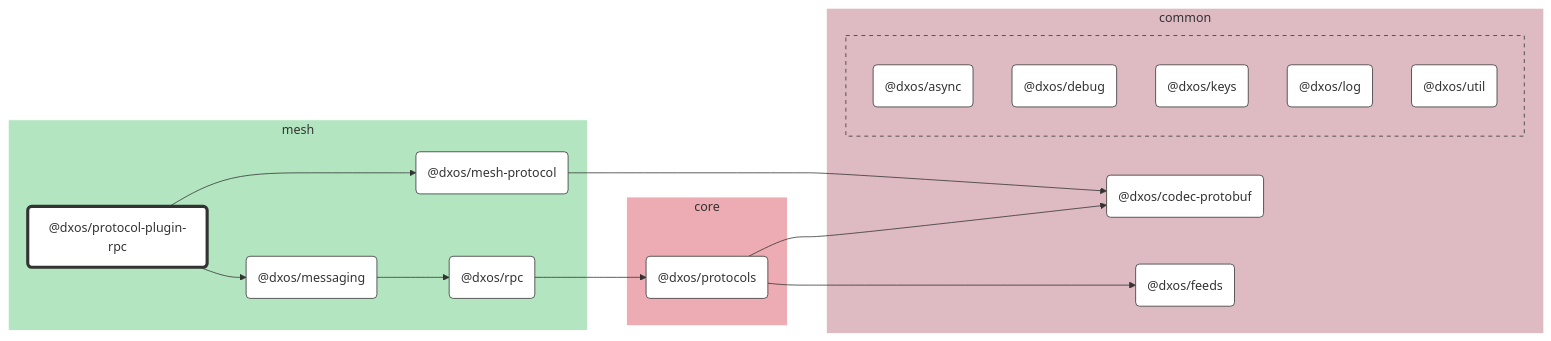
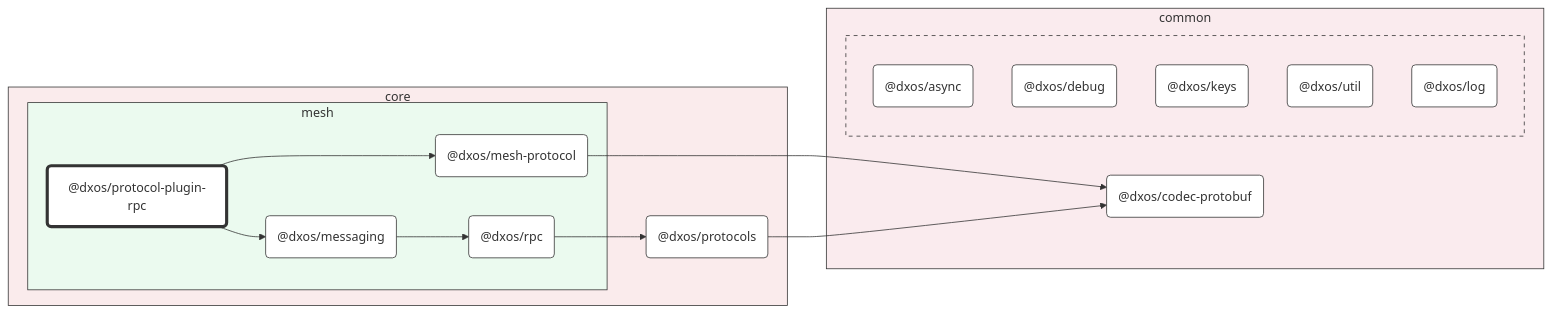
One commit to dxos/dxos changed the diagram in packages/core/mesh/protocol-plugin-rpc/docs/README.md. Above: the diagram before and after it, drawn with Mermaid. The commit also changed other lines of this file and 93 other files, not shown here.

First line of the commit message:
chore: hierarchical graphs. (#1583)

````diff
--- a/packages/core/mesh/protocol-plugin-rpc/docs/README.md
+++ b/packages/core/mesh/protocol-plugin-rpc/docs/README.md
@@ -7,61 +7,58 @@
 ```mermaid
 %%{ init: {'flowchart':{'curve':'basis'}} }%%
 
 flowchart LR
 
 %% Classes
 classDef def fill:#fff,stroke:#333,stroke-width:1px
 classDef root fill:#fff,stroke:#333,stroke-width:4px
 
 %% Nodes
 
-subgraph mesh [mesh]
-  style mesh fill:#b3e6c0,stroke:#fff
-  dxos/protocol-plugin-rpc("@dxos/protocol-plugin-rpc"):::root
-  click dxos/protocol-plugin-rpc "dxos/dxos/tree/main/packages/core/mesh/protocol-plugin-rpc/docs"
-  dxos/messaging("@dxos/messaging"):::def
-  click dxos/messaging "dxos/dxos/tree/main/packages/core/mesh/messaging/docs"
-  dxos/rpc("@dxos/rpc"):::def
-  click dxos/rpc "dxos/dxos/tree/main/packages/core/mesh/rpc/docs"
-  dxos/mesh-protocol("@dxos/mesh-protocol"):::def
-  click dxos/mesh-protocol "dxos/dxos/tree/main/packages/core/mesh/mesh-protocol/docs"
+subgraph core [core]
+  style core fill:#faebec,stroke:#333
+  dxos/protocols("@dxos/protocols"):::def
+  click dxos/protocols "dxos/dxos/tree/main/packages/core/protocols/docs"
+
+  subgraph mesh [mesh]
+    style mesh fill:#ebfaef,stroke:#333
+    dxos/protocol-plugin-rpc("@dxos/protocol-plugin-rpc"):::root
+    click dxos/protocol-plugin-rpc "dxos/dxos/tree/main/packages/core/mesh/protocol-plugin-rpc/docs"
+    dxos/mesh-protocol("@dxos/mesh-protocol"):::def
+    click dxos/mesh-protocol "dxos/dxos/tree/main/packages/core/mesh/mesh-protocol/docs"
+    dxos/messaging("@dxos/messaging"):::def
+    click dxos/messaging "dxos/dxos/tree/main/packages/core/mesh/messaging/docs"
+    dxos/rpc("@dxos/rpc"):::def
+    click dxos/rpc "dxos/dxos/tree/main/packages/core/mesh/rpc/docs"
+  end
 end
 
 subgraph common [common]
-  style common fill:#debac2,stroke:#fff
+  style common fill:#faebee,stroke:#333
   dxos/codec-protobuf("@dxos/codec-protobuf"):::def
   click dxos/codec-protobuf "dxos/dxos/tree/main/packages/common/codec-protobuf/docs"
-  dxos/feeds("@dxos/feeds"):::def
-  click dxos/feeds "dxos/dxos/tree/main/packages/common/feeds/docs"
 
-  subgraph common-excluded [ ]
-    style common-excluded fill:#debac2,stroke:#333,stroke-dasharray:5 5
+  subgraph _ [ ]
+    style _ fill:#faebee,stroke:#333,stroke-dasharray:5 5
     dxos/async("@dxos/async"):::def
     click dxos/async "dxos/dxos/tree/main/packages/common/async/docs"
     dxos/debug("@dxos/debug"):::def
     click dxos/debug "dxos/dxos/tree/main/packages/common/debug/docs"
     dxos/keys("@dxos/keys"):::def
     click dxos/keys "dxos/dxos/tree/main/packages/common/keys/docs"
+    dxos/util("@dxos/util"):::def
+    click dxos/util "dxos/dxos/tree/main/packages/common/util/docs"
     dxos/log("@dxos/log"):::def
     click dxos/log "dxos/dxos/tree/main/packages/common/log/docs"
-    dxos/util("@dxos/util"):::def
-    click dxos/util "dxos/dxos/tree/main/packages/common/util/docs"
   end
-end
-
-subgraph core [core]
-  style core fill:#edabb3,stroke:#fff
-  dxos/protocols("@dxos/protocols"):::def
-  click dxos/protocols "dxos/dxos/tree/main/packages/core/protocols/docs"
 end
 
 %% Links
 linkStyle default stroke:#333,stroke-width:1px
+dxos/protocol-plugin-rpc --> dxos/mesh-protocol
+dxos/mesh-protocol --> dxos/codec-protobuf
 dxos/protocol-plugin-rpc --> dxos/messaging
 dxos/protocols --> dxos/codec-protobuf
-dxos/protocols --> dxos/feeds
 dxos/messaging --> dxos/rpc
 dxos/rpc --> dxos/protocols
-dxos/protocol-plugin-rpc --> dxos/mesh-protocol
-dxos/mesh-protocol --> dxos/codec-protobuf
 ```
````
